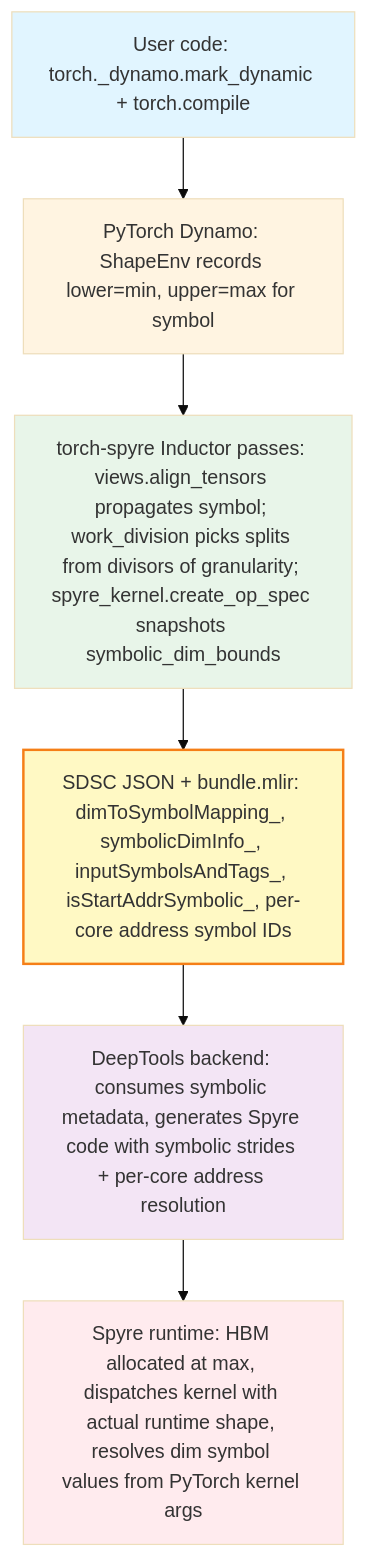
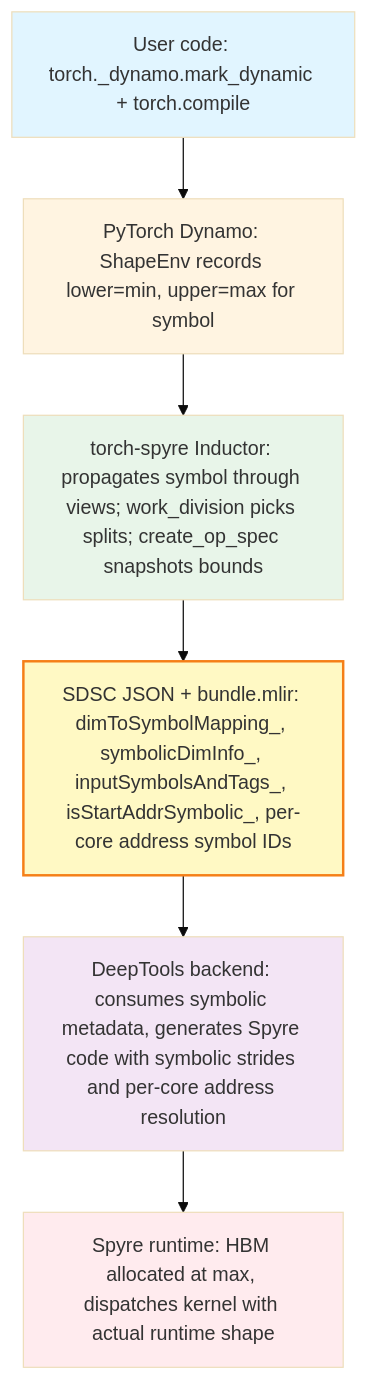
Before and after one commit to Vivek1258/torch-spyre: the first of 5 diagrams in docs/source/compiler/Torch_Spyre_Dynamic_Shapes_Design.md, drawn with Mermaid (base theme). The commit also changed other lines of this file, not shown here.

````diff
--- a/docs/source/compiler/Torch_Spyre_Dynamic_Shapes_Design.md
+++ b/docs/source/compiler/Torch_Spyre_Dynamic_Shapes_Design.md
@@ -132,16 +106,16 @@
 ```mermaid
 flowchart TB
     A[User code: torch._dynamo.mark_dynamic + torch.compile] --> B
     B[PyTorch Dynamo: ShapeEnv records lower=min, upper=max for symbol] --> C
-    C[torch-spyre Inductor passes: views.align_tensors propagates symbol; work_division picks splits from divisors of granularity; spyre_kernel.create_op_spec snapshots symbolic_dim_bounds] --> D
+    C[torch-spyre Inductor: propagates symbol through views; work_division picks splits; create_op_spec snapshots bounds] --> D
     D[SDSC JSON + bundle.mlir: dimToSymbolMapping_, symbolicDimInfo_, inputSymbolsAndTags_, isStartAddrSymbolic_, per-core address symbol IDs]
-    D --> E[DeepTools backend: consumes symbolic metadata, generates Spyre code with symbolic strides + per-core address resolution]
-    E --> F[Spyre runtime: HBM allocated at max, dispatches kernel with actual runtime shape, resolves dim symbol values from PyTorch kernel args]
+    D --> E[DeepTools backend: consumes symbolic metadata, generates Spyre code with symbolic strides and per-core address resolution]
+    E --> F[Spyre runtime: HBM allocated at max, dispatches kernel with actual runtime shape]
 
     style A fill:#e1f5ff
     style B fill:#fff4e1
     style C fill:#e8f5e9
     style D fill:#fff9c4,stroke:#f57f17,stroke-width:2px
     style E fill:#f3e5f5
     style F fill:#ffebee
 ```
````
